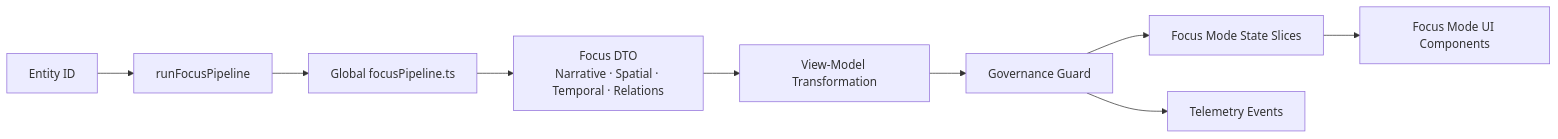
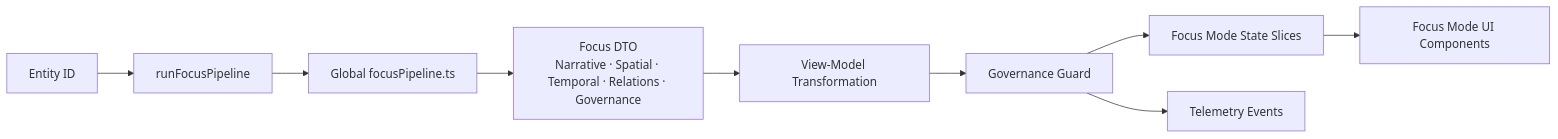
One commit to bartytime4life/Kansas-Frontier-Matrix changed the diagram in web/src/features/focus-mode/pipelines/README.md. Above: the diagram before and after it, drawn with Mermaid. The commit also changed other lines of this file, not shown here.

```diff
--- a/web/src/features/focus-mode/pipelines/README.md
+++ b/web/src/features/focus-mode/pipelines/README.md
@@ -284,11 +375,11 @@
 ~~~mermaid
 flowchart LR
     ID[Entity ID] --> RUN[runFocusPipeline]
     RUN --> GP[Global focusPipeline.ts]
-    GP --> DTO[Focus DTO<br/>Narrative · Spatial · Temporal · Relations]
+    GP --> DTO[Focus DTO<br/>Narrative · Spatial · Temporal · Relations · Governance]
     DTO --> VM[View-Model Transformation]
     VM --> GOV[Governance Guard]
     GOV --> STATE[Focus Mode State Slices]
     STATE --> UI[Focus Mode UI Components]
-    GOV --> TEL["Telemetry Events"]
+    GOV --> TEL[Telemetry Events]
 ~~~
```
